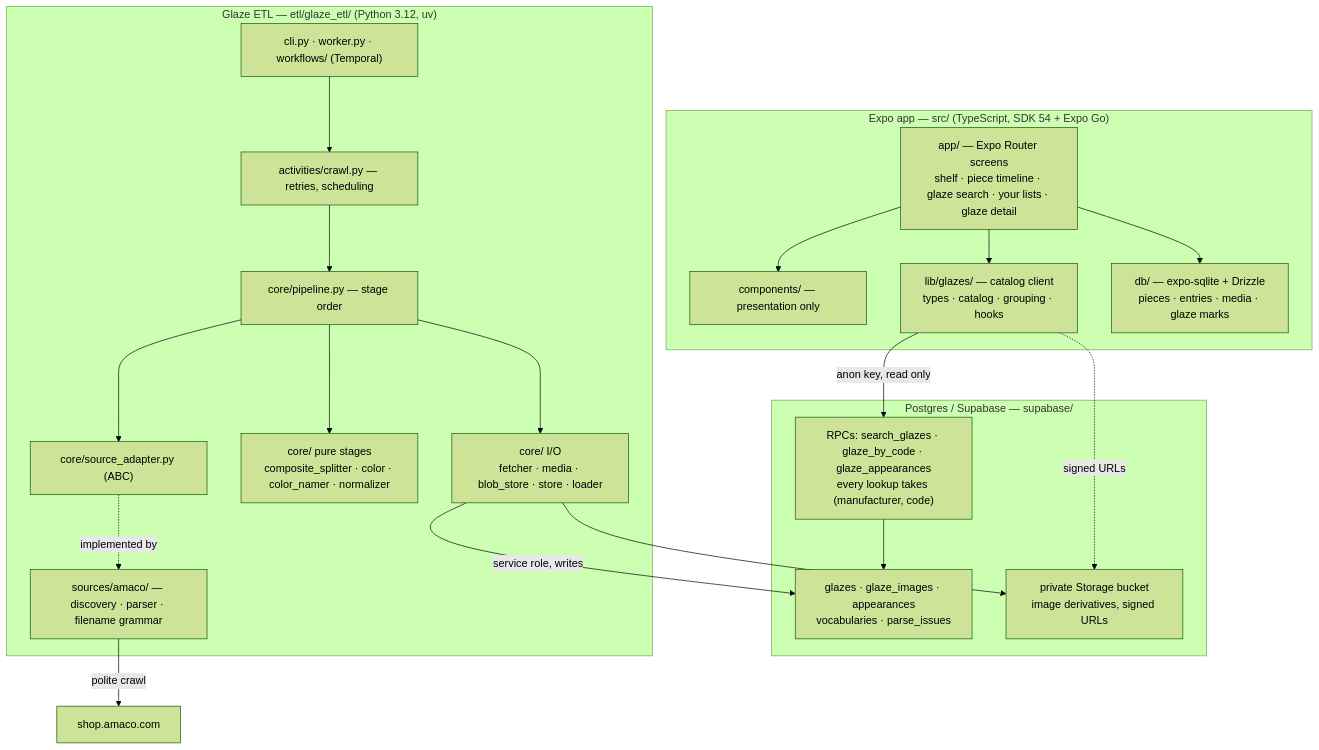
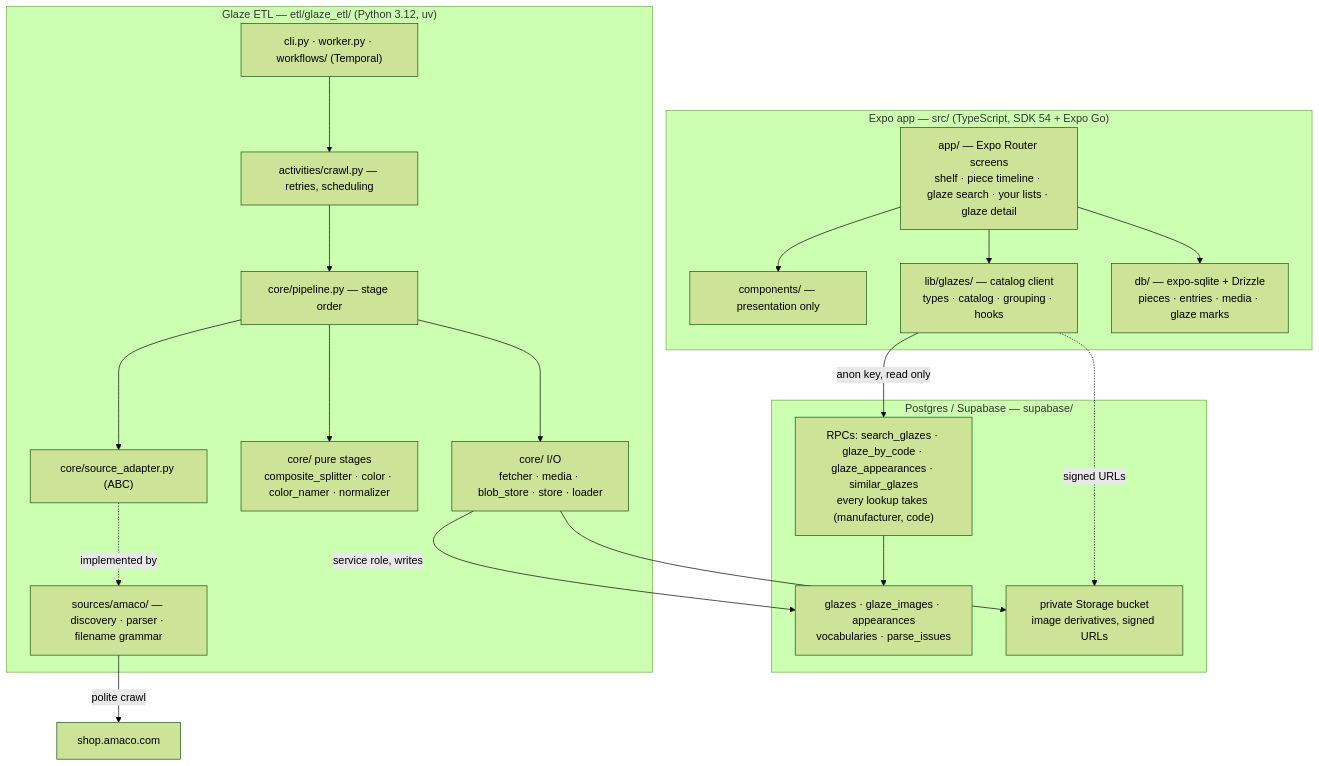
The diagram in docs/ARCHITECTURE.md (nickscip/mudbud), drawn with Mermaid (forest theme) before and after one commit. The commit also changed 1 other file, not shown here.

Commit message:
docs: record D6 and F1-F6/F9 as done, correct three stale A-epic claims
D6 shipped with 20260729000300 and its client half but was still marked
todo, including an ingredient list (hero_hex distance) the migration
deliberately rejected. The de-AMACO-ing items now describe what landed
and the grep-provable end state. Also corrected while touching the file:
the clayBodyIds line cite moved to types.ts:107, A6 is medium not small
(per-tier merge, hook accumulate mode, filters identity discipline), and
"already indexed vocabularies" overstated — only line and cone carry
indexes. ARCHITECTURE's RPC node gains similar_glazes.

````diff
--- a/docs/ARCHITECTURE.md
+++ b/docs/ARCHITECTURE.md
@@ -7,40 +7,40 @@
 ```mermaid
 graph TD
   subgraph app["Expo app — src/ (TypeScript, SDK 54 + Expo Go)"]
     screens["app/ — Expo Router screens<br/>shelf · piece timeline · glaze search · your lists · glaze detail"]
     components["components/ — presentation only"]
     glazes["lib/glazes/ — catalog client<br/>types · catalog · grouping · hooks"]
     localdb["db/ — expo-sqlite + Drizzle<br/>pieces · entries · media · glaze marks"]
     screens --> components
     screens --> glazes
     screens --> localdb
   end
 
   subgraph pg["Postgres / Supabase — supabase/"]
-    rpc["RPCs: search_glazes · glaze_by_code · glaze_appearances<br/>every lookup takes (manufacturer, code)"]
+    rpc["RPCs: search_glazes · glaze_by_code · glaze_appearances · similar_glazes<br/>every lookup takes (manufacturer, code)"]
     tables["glazes · glaze_images · appearances<br/>vocabularies · parse_issues"]
     bucket["private Storage bucket<br/>image derivatives, signed URLs"]
     rpc --> tables
   end
 
   subgraph etl["Glaze ETL — etl/glaze_etl/ (Python 3.12, uv)"]
     entry["cli.py · worker.py · workflows/ (Temporal)"]
     activities["activities/crawl.py — retries, scheduling"]
     pipeline["core/pipeline.py — stage order"]
     adapter["core/source_adapter.py (ABC)"]
     amaco["sources/amaco/ — discovery · parser · filename grammar"]
     pure["core/ pure stages<br/>composite_splitter · color · color_namer · normalizer"]
     io["core/ I/O<br/>fetcher · media · blob_store · store · loader"]
     entry --> activities --> pipeline
     pipeline --> adapter
     adapter -. implemented by .-> amaco
     pipeline --> pure
     pipeline --> io
   end
 
   glazes -->|"anon key, read only"| rpc
   io -->|"service role, writes"| tables
   io --> bucket
   glazes -.->|"signed URLs"| bucket
   amaco -->|"polite crawl"| amacoweb["shop.amaco.com"]
 ```
````
